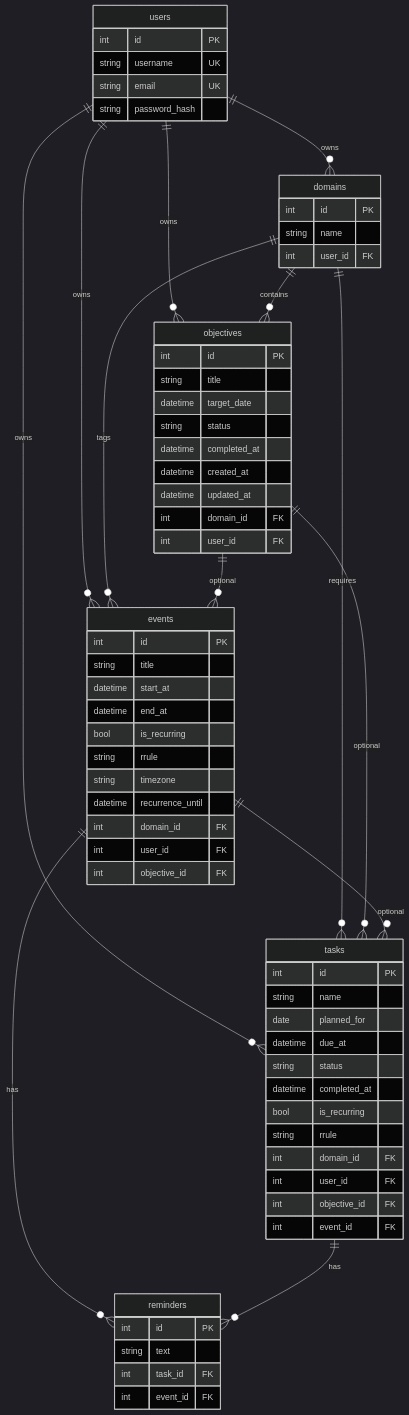
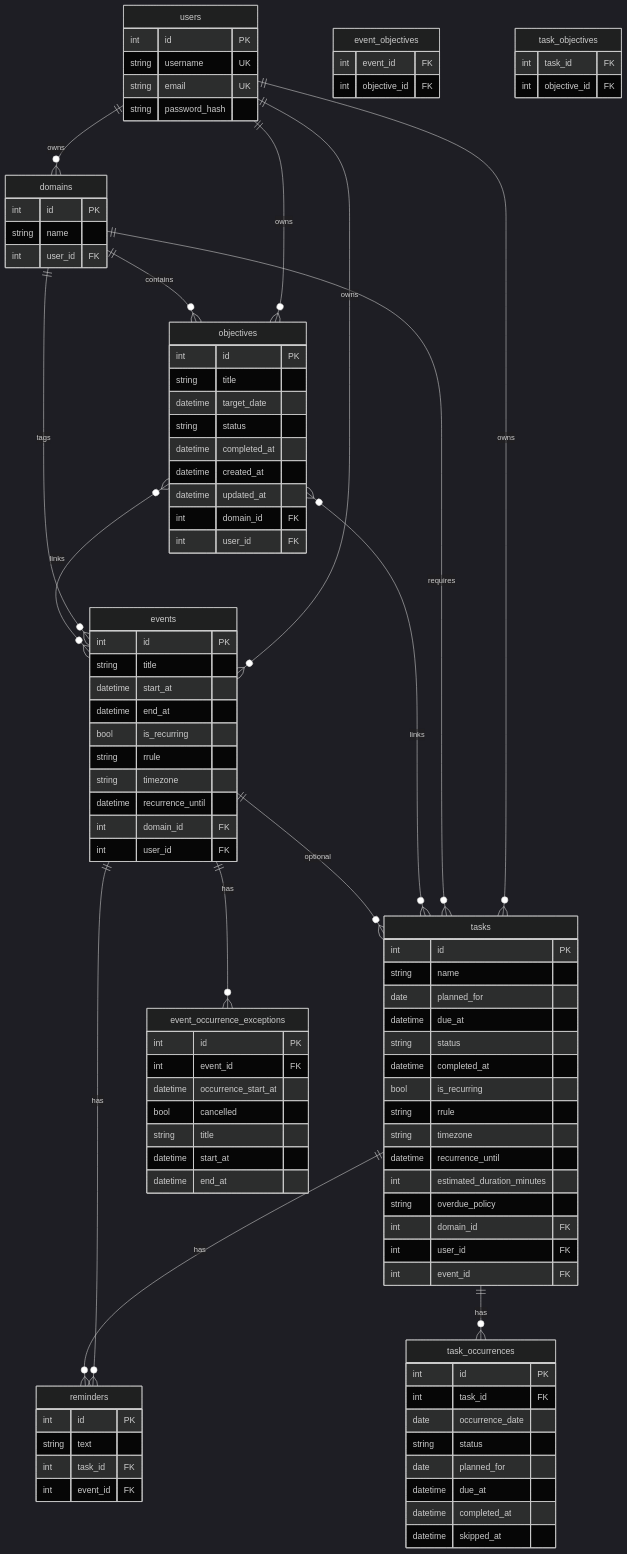
Before and after one commit to Trevor5008/Palander: the diagram in docs/schema.md, drawn with Mermaid (dark theme). The commit also changed other lines of this file and 49 other files, not shown here.

First line of the commit message:
Release 0.13.0: Recurring tasks, multi-objective, execution pane UX

```diff
--- a/docs/schema.md
+++ b/docs/schema.md
@@ -17,13 +15,15 @@
   domains ||--o{ events : tags
   domains ||--o{ tasks : requires
 
-  objectives ||--o{ events : optional
-  objectives ||--o{ tasks : optional
+  objectives }o--o{ events : links
+  objectives }o--o{ tasks : links
 
   events ||--o{ tasks : optional
   events ||--o{ reminders : has
+  events ||--o{ event_occurrence_exceptions : has
 
   tasks ||--o{ reminders : has
+  tasks ||--o{ task_occurrences : has
 
   users {
     int id PK
@@ -61,7 +61,6 @@
     datetime recurrence_until
     int domain_id FK
     int user_id FK
-    int objective_id FK
   }
 
   tasks {
@@ -73,10 +72,44 @@
     datetime completed_at
     bool is_recurring
     string rrule
+    string timezone
+    datetime recurrence_until
+    int estimated_duration_minutes
+    string overdue_policy
     int domain_id FK
     int user_id FK
+    int event_id FK
+  }
+
+  task_occurrences {
+    int id PK
+    int task_id FK
+    date occurrence_date
+    string status
+    date planned_for
+    datetime due_at
+    datetime completed_at
+    datetime skipped_at
+  }
+
+  event_occurrence_exceptions {
+    int id PK
+    int event_id FK
+    datetime occurrence_start_at
+    bool cancelled
+    string title
+    datetime start_at
+    datetime end_at
+  }
+
+  event_objectives {
+    int event_id FK
     int objective_id FK
-    int event_id FK
+  }
+
+  task_objectives {
+    int task_id FK
+    int objective_id FK
   }
 
   reminders {
```
